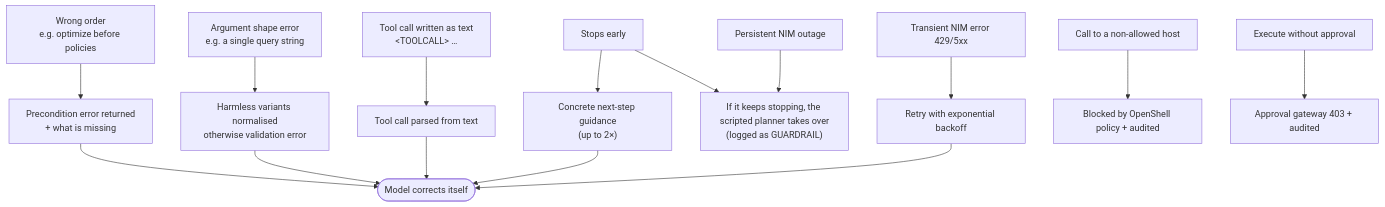
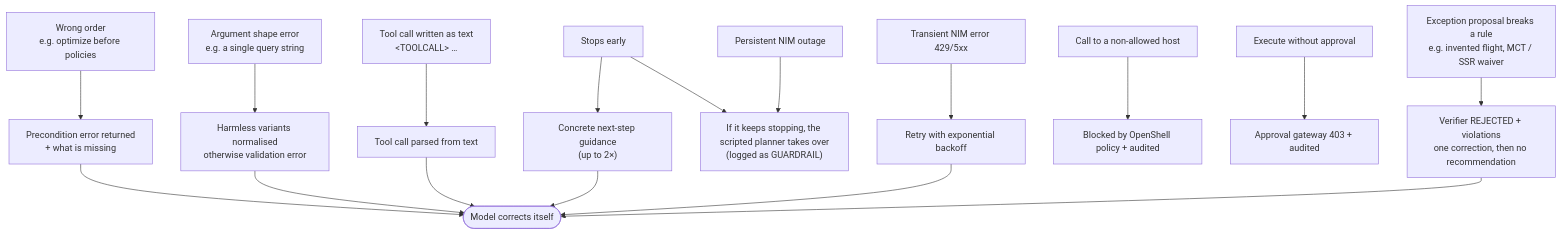
Before and after one commit to hyunolike/reroute-irops-agent: the sixth of 9 diagrams in docs/agent.en.md, drawn with Mermaid. The commit also changed other lines of this file and 3 other files, not shown here.

````diff
--- a/docs/agent.en.md
+++ b/docs/agent.en.md
@@ -201,12 +213,13 @@
 ```mermaid
 flowchart TD
     x1["Wrong order<br/>e.g. optimize before policies"] --> g1["Precondition error returned<br/>+ what is missing"] --> ok(["Model corrects itself"])
     x2["Argument shape error<br/>e.g. a single query string"] --> g2["Harmless variants normalised<br/>otherwise validation error"] --> ok
     x3["Tool call written as text<br/>#lt;TOOLCALL#gt; …"] --> g3["Tool call parsed from text"] --> ok
     x4["Stops early"] --> g4["Concrete next-step guidance<br/>(up to 2×)"] --> ok
     x4 --> g5["If it keeps stopping, the scripted planner takes over<br/>(logged as GUARDRAIL)"]
     x5["Transient NIM error 429/5xx"] --> g6["Retry with exponential backoff"] --> ok
     x6["Persistent NIM outage"] --> g5
     x7["Call to a non-allowed host"] --> g7["Blocked by OpenShell policy + audited"]
     x8["Execute without approval"] --> g8["Approval gateway 403 + audited"]
+    x9["Exception proposal breaks a rule<br/>e.g. invented flight, MCT / SSR waiver"] --> g9["Verifier REJECTED + violations<br/>one correction, then no recommendation"] --> ok
 ```
````
